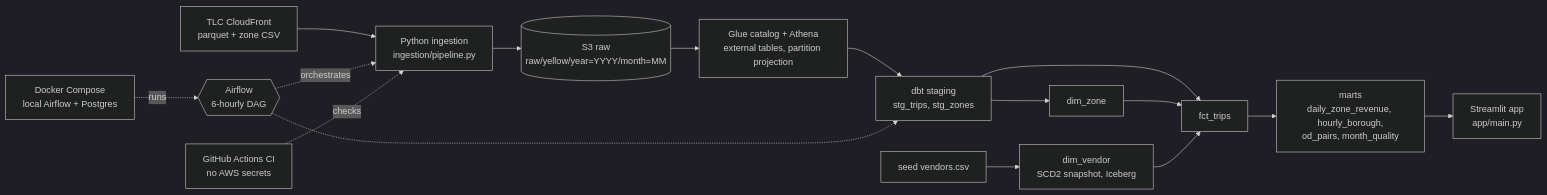
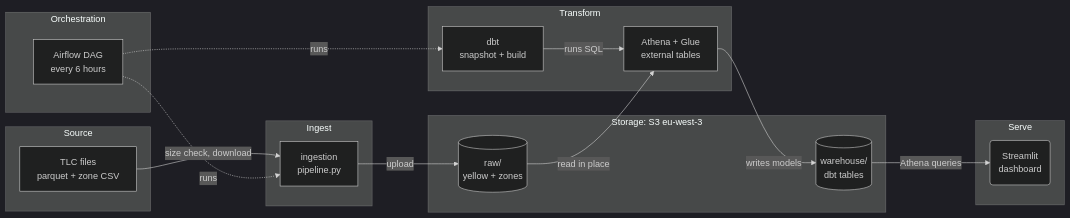
Before and after one commit to MerouaneRH/nyc-taxi-pipeline: the diagram in README.md, drawn with Mermaid (dark theme). The commit also changed other lines of this file and 15 other files, not shown here.

Commit message:
docs: rewrite for clarity, cleaner diagrams, data-model page

````diff
--- a/README.md
+++ b/README.md
@@ -10,18 +16,31 @@
 ```mermaid
 flowchart LR
-    TLC["TLC CloudFront<br/>parquet + zone CSV"] --> ING["Python ingestion<br/>ingestion/pipeline.py"]
-    ING --> S3[("S3 raw<br/>raw/yellow/year=YYYY/month=MM")]
-    S3 --> GLUE["Glue catalog + Athena<br/>external tables, partition projection"]
-    GLUE --> STG["dbt staging<br/>stg_trips, stg_zones"]
-    SEED["seed vendors.csv"] --> SNAP["dim_vendor<br/>SCD2 snapshot, Iceberg"]
-    STG --> DZ["dim_zone"]
-    STG --> FCT["fct_trips"]
-    DZ --> FCT
-    SNAP --> FCT
-    FCT --> MARTS["marts<br/>daily_zone_revenue, hourly_borough,<br/>od_pairs, month_quality"]
-    MARTS --> ST["Streamlit app<br/>app/main.py"]
-    AF{{"Airflow<br/>6-hourly DAG"}} -.orchestrates.-> ING
-    AF -.-> STG
-    DC["Docker Compose<br/>local Airflow + Postgres"] -.runs.-> AF
-    GH["GitHub Actions CI<br/>no AWS secrets"] -.checks.-> ING
+    subgraph Source
+        TLC["TLC files<br/>parquet + zone CSV"]
+    end
+    subgraph Ingest
+        ING["ingestion<br/>pipeline.py"]
+    end
+    subgraph Storage["Storage: S3 eu-west-3"]
+        RAW[("raw/<br/>yellow + zones")]
+        WH[("warehouse/<br/>dbt tables")]
+    end
+    subgraph Transform
+        ATH["Athena + Glue<br/>external tables"]
+        DBT["dbt<br/>snapshot + build"]
+    end
+    subgraph Serve
+        APP("Streamlit<br/>dashboard")
+    end
+    subgraph Orchestration
+        AF["Airflow DAG<br/>every 6 hours"]
+    end
+    TLC -->|"size check, download"| ING
+    ING -->|"upload"| RAW
+    RAW -->|"read in place"| ATH
+    DBT -->|"runs SQL"| ATH
+    ATH -->|"writes models"| WH
+    WH -->|"Athena queries"| APP
+    AF -.->|"runs"| ING
+    AF -.->|"runs"| DBT
 ```
````
